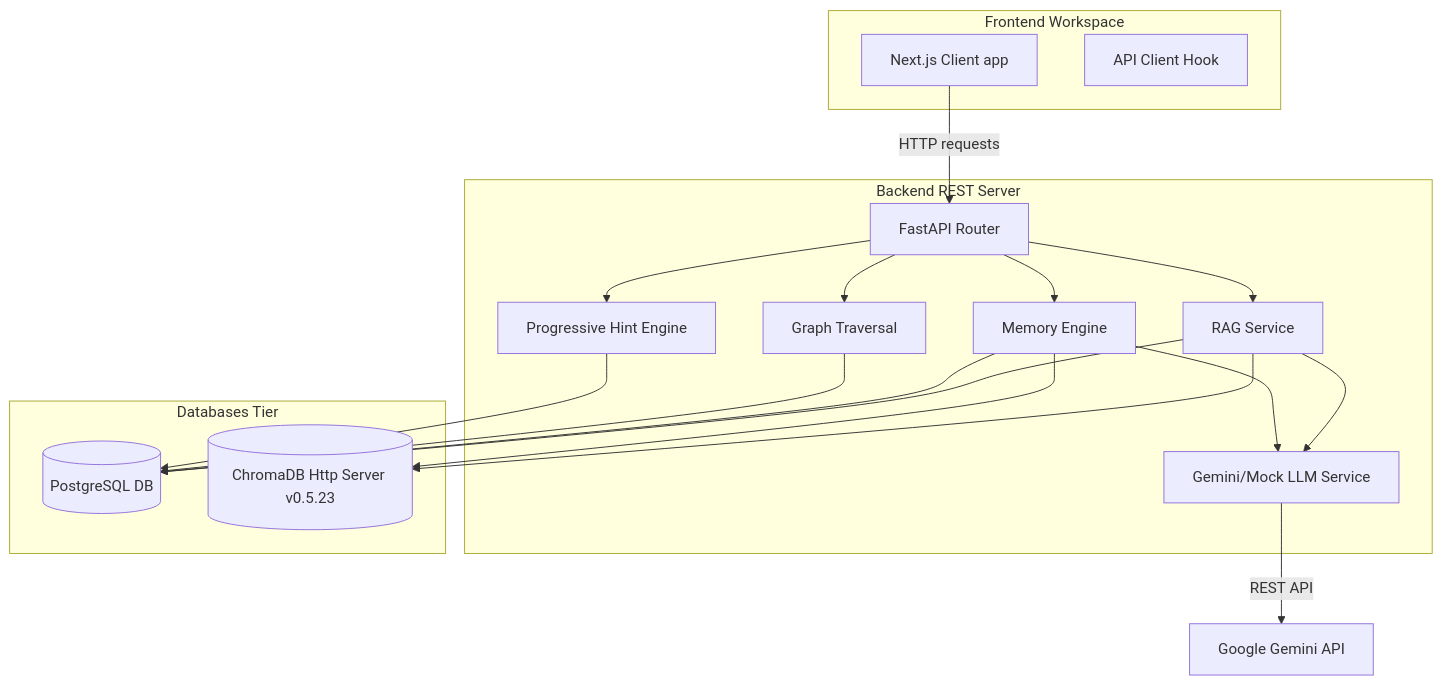
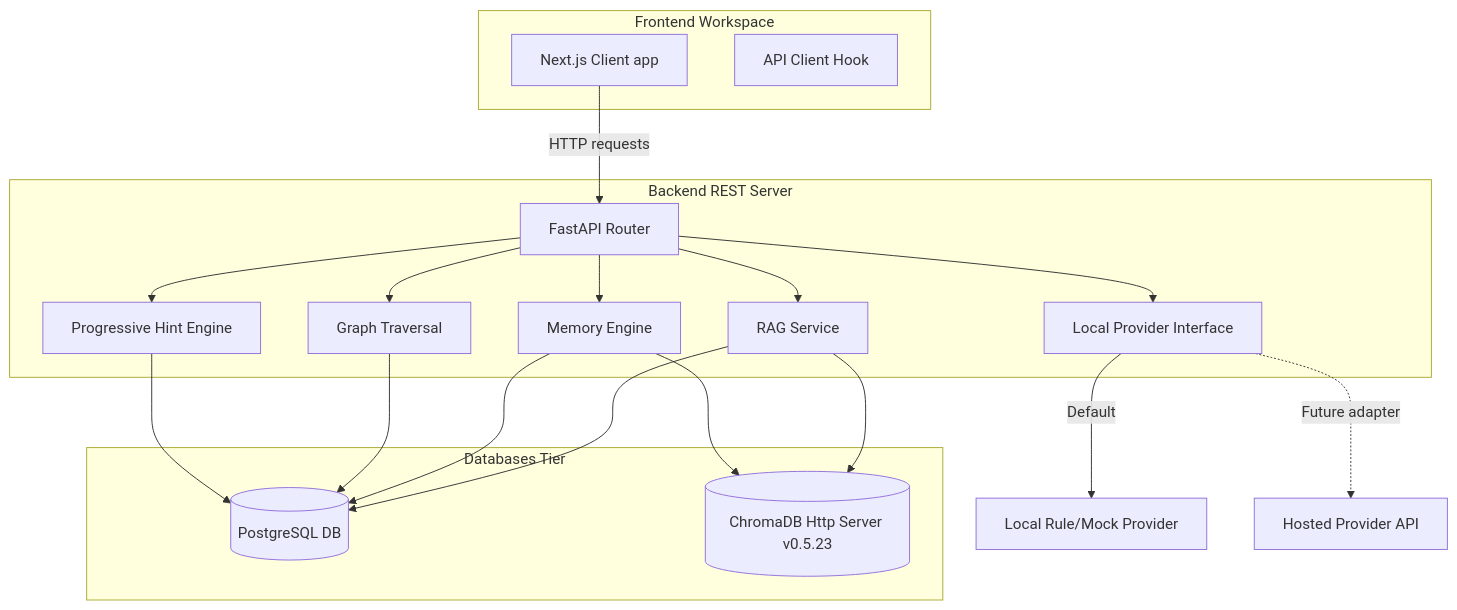
One commit to Abhinav-0311/GameMind changed the first of 2 diagrams in ARCHITECTURE.md. Above: the diagram before and after it, drawn with Mermaid. The commit also changed other lines of this file and 31 other files, not shown here.

Commit message:
Remove Gemini and enforce zero-cost local mode

````diff
--- a/ARCHITECTURE.md
+++ b/ARCHITECTURE.md
@@ -18,36 +18,36 @@
 ```mermaid
 graph TD
     subgraph Client [Frontend Workspace]
         UI[Next.js Client app]
         Lib[API Client Hook]
     end
 
     subgraph Server [Backend REST Server]
         API[FastAPI Router]
         RAG[RAG Service]
         Graph[Graph Traversal]
         Memory[Memory Engine]
         Hints[Progressive Hint Engine]
-        GeminiClient[Gemini/Mock LLM Service]
+        Provider[Local Provider Interface]
     end
 
     subgraph Storage [Databases Tier]
         Postgres[(PostgreSQL DB)]
         Chroma[(ChromaDB Http Server v0.5.23)]
     end
 
     UI -->|HTTP requests| API
     API --> RAG
     API --> Graph
     API --> Memory
     API --> Hints
     RAG --> Postgres
     RAG --> Chroma
     Memory --> Chroma
     Memory --> Postgres
     Graph --> Postgres
     Hints --> Postgres
-    RAG --> GeminiClient
-    Memory --> GeminiClient
-    GeminiClient -->|REST API| GeminiAPI[Google Gemini API]
+    API --> Provider
+    Provider -->|Default| LocalMock[Local Rule/Mock Provider]
+    Provider -.->|Future adapter| HostedLLM[Hosted Provider API]
 ```
````
